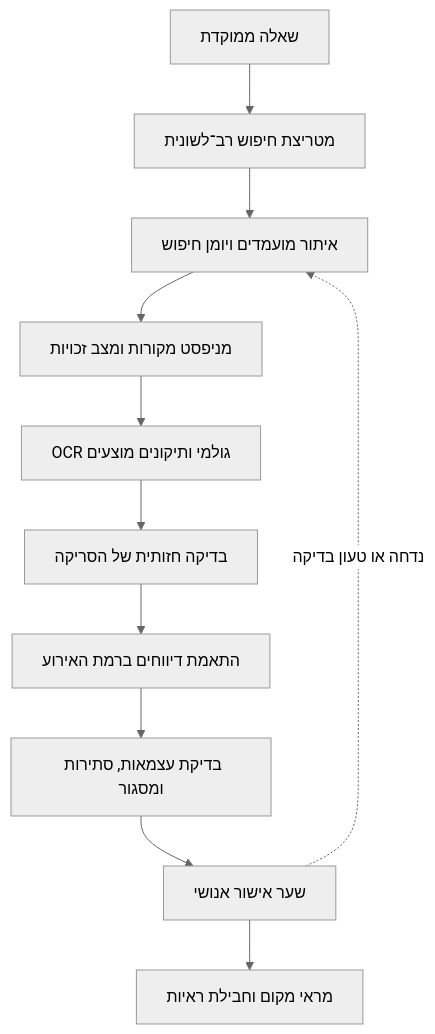
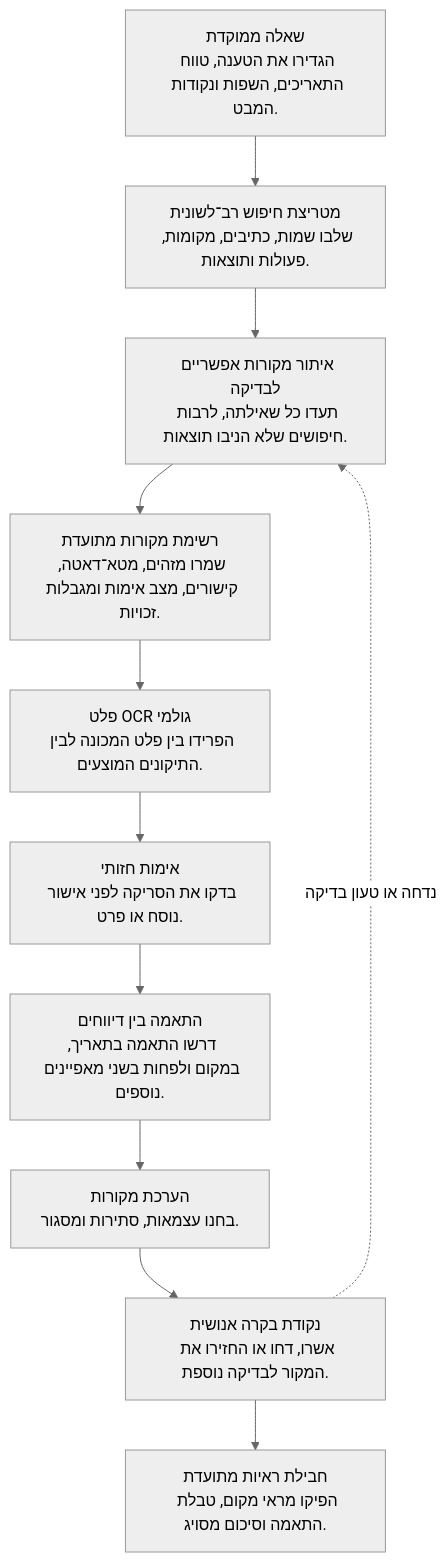
Before and after one commit to pedahzur/A.M.Pedahzur: the diagram in blog/sources/he/from-one-report-to-two-histories.md, drawn with Mermaid (neutral theme). The commit also changed other lines of this file and 3 other files, not shown here.

````diff
--- a/blog/sources/he/from-one-report-to-two-histories.md
+++ b/blog/sources/he/from-one-report-to-two-histories.md
@@ -58,13 +58,23 @@
 ```mermaid
 flowchart TD
-    A["שאלה ממוקדת"] --> B["מטריצת חיפוש רב־לשונית"]
-    B --> C["איתור מועמדים ויומן חיפוש"]
-    C --> D["מניפסט מקורות ומצב זכויות"]
-    D --> E["OCR גולמי ותיקונים מוצעים"]
-    E --> F["בדיקה חזותית של הסריקה"]
-    F --> G["התאמת דיווחים ברמת האירוע"]
-    G --> H["בדיקת עצמאות, סתירות ומסגור"]
-    H --> I["שער אישור אנושי"]
-    I --> J["מראי מקום וחבילת ראיות"]
+    A["שאלה ממוקדת<br/>הגדירו את הטענה, טווח התאריכים, השפות ונקודות המבט."]
+    B["מטריצת חיפוש רב־לשונית<br/>שלבו שמות, כתיבים, מקומות, פעולות ותוצאות."]
+    C["איתור מקורות אפשריים לבדיקה<br/>תעדו כל שאילתה, לרבות חיפושים שלא הניבו תוצאות."]
+    D["רשימת מקורות מתועדת<br/>שמרו מזהים, מטא־דאטה, קישורים, מצב אימות ומגבלות זכויות."]
+    E["פלט OCR גולמי<br/>הפרידו בין פלט המכונה לבין התיקונים המוצעים."]
+    F["אימות חזותי<br/>בדקו את הסריקה לפני אישור נוסח או פרט."]
+    G["התאמה בין דיווחים<br/>דרשו התאמה בתאריך, במקום ולפחות בשני מאפיינים נוספים."]
+    H["הערכת מקורות<br/>בחנו עצמאות, סתירות ומסגור."]
+    I["נקודת בקרה אנושית<br/>אשרו, דחו או החזירו את המקור לבדיקה נוספת."]
+    J["חבילת ראיות מתועדת<br/>הפיקו מראי מקום, טבלת התאמה וסיכום מסויג."]
+    A --> B
+    B --> C
+    C --> D
+    D --> E
+    E --> F
+    F --> G
+    G --> H
+    H --> I
+    I --> J
     I -. "נדחה או טעון בדיקה" .-> C
 ```
````
